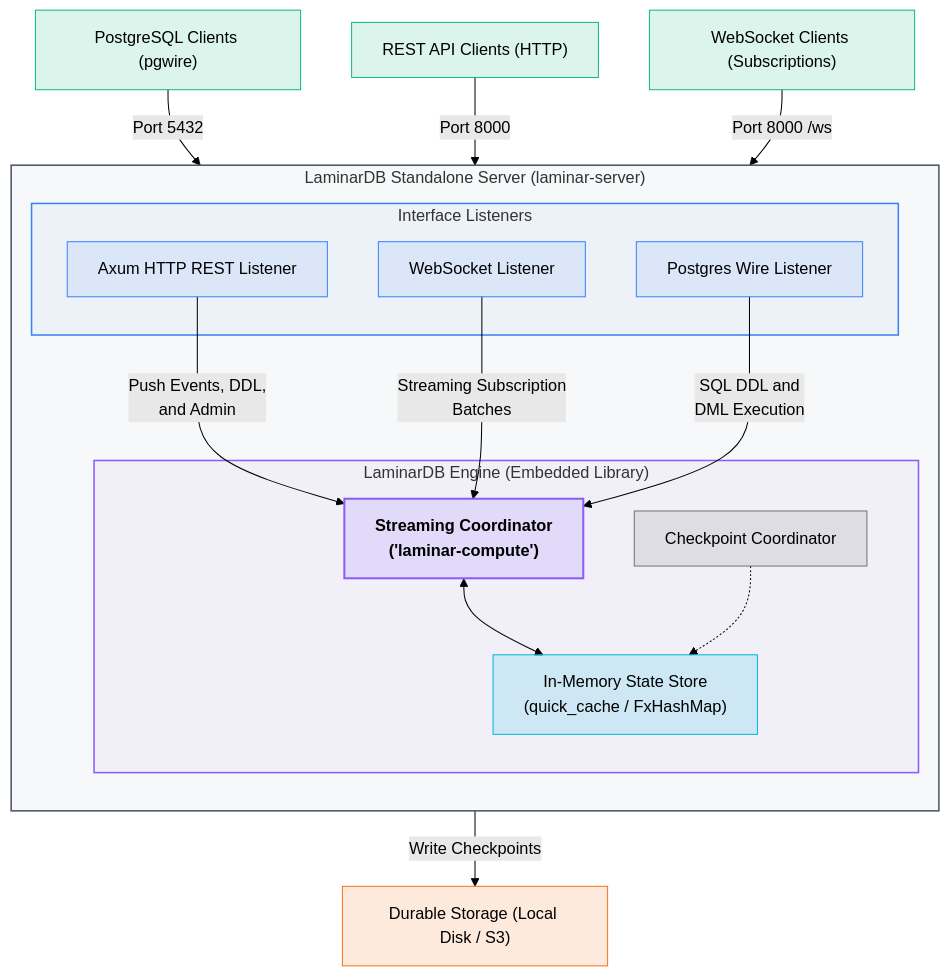
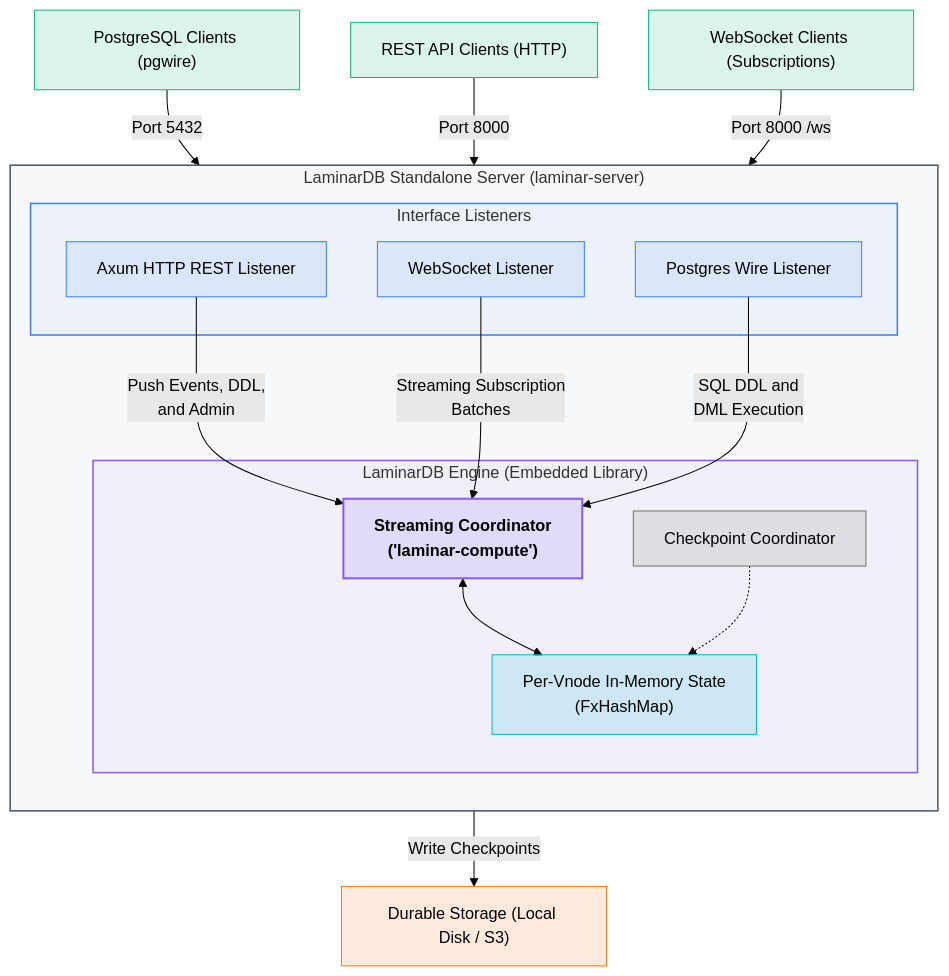
Before and after one commit to laminardb/laminardb: the third of 5 diagrams in README.md, drawn with Mermaid (forest theme). The commit also changed other lines of this file and 64 other files, not shown here.

````diff
--- a/README.md
+++ b/README.md
@@ -531,43 +532,43 @@
 ```mermaid
 graph TD
     classDef clientClass fill:#10b981,fill-opacity:0.15,stroke:#10b981,stroke-width:1px;
     classDef portClass fill:#3b82f6,fill-opacity:0.1,stroke:#3b82f6,stroke-width:1px;
     classDef coordClass fill:#8b5cf6,fill-opacity:0.15,stroke:#8b5cf6,stroke-width:2px,font-weight:bold;
     classDef stateClass fill:#06b6d4,fill-opacity:0.15,stroke:#06b6d4,stroke-width:1px;
     classDef checkpointClass fill:#78716c,fill-opacity:0.15,stroke:#78716c,stroke-width:1px;
     classDef storageClass fill:#f97316,fill-opacity:0.15,stroke:#f97316,stroke-width:1px;
 
     Client1["PostgreSQL Clients (pgwire)"]:::clientClass
     Client2["REST API Clients (HTTP)"]:::clientClass
     Client3["WebSocket Clients (Subscriptions)"]:::clientClass
     
     subgraph Server["LaminarDB Standalone Server (laminar-server)"]
         direction TB
         subgraph Ports["Interface Listeners"]
             REST["Axum HTTP REST Listener"]:::portClass
             WS["WebSocket Listener"]:::portClass
             PgWire["Postgres Wire Listener"]:::portClass
         end
         
         subgraph Engine["LaminarDB Engine (Embedded Library)"]
             Coord["Streaming Coordinator<br/>('laminar-compute')"]:::coordClass
-            State["In-Memory State Store<br/>(quick_cache / FxHashMap)"]:::stateClass
+            State["Per-Vnode In-Memory State<br/>(FxHashMap)"]:::stateClass
             Checkpoint["Checkpoint Coordinator"]:::checkpointClass
             Coord <--> State
             Checkpoint -.-> State
         end
         
         REST -->|"Push Events, DDL,<br/>and Admin"| Coord
         WS -->|"Streaming Subscription<br/>Batches"| Coord
         PgWire -->|"SQL DDL and<br/>DML Execution"| Coord
     end
     
     Client1 -->|"Port 5432"| PgWire
     Client2 -->|"Port 8000"| REST
     Client3 -->|"Port 8000 /ws"| WS
     Checkpoint -->|"Write Checkpoints"| Storage["Durable Storage (Local Disk / S3)"]:::storageClass
 
     style Server fill:#6b7280,fill-opacity:0.05,stroke:#4b5563,stroke-width:1.5px
     style Ports fill:#3b82f6,fill-opacity:0.05,stroke:#3b82f6,stroke-width:1.5px
     style Engine fill:#8b5cf6,fill-opacity:0.05,stroke:#8b5cf6,stroke-width:1.5px
 ```
````
